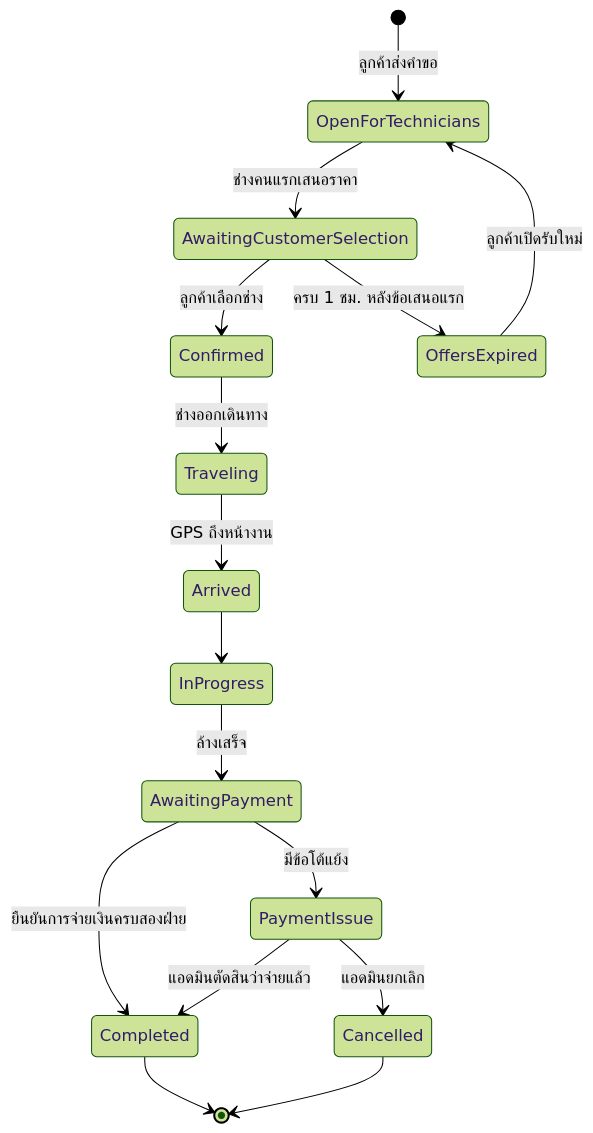
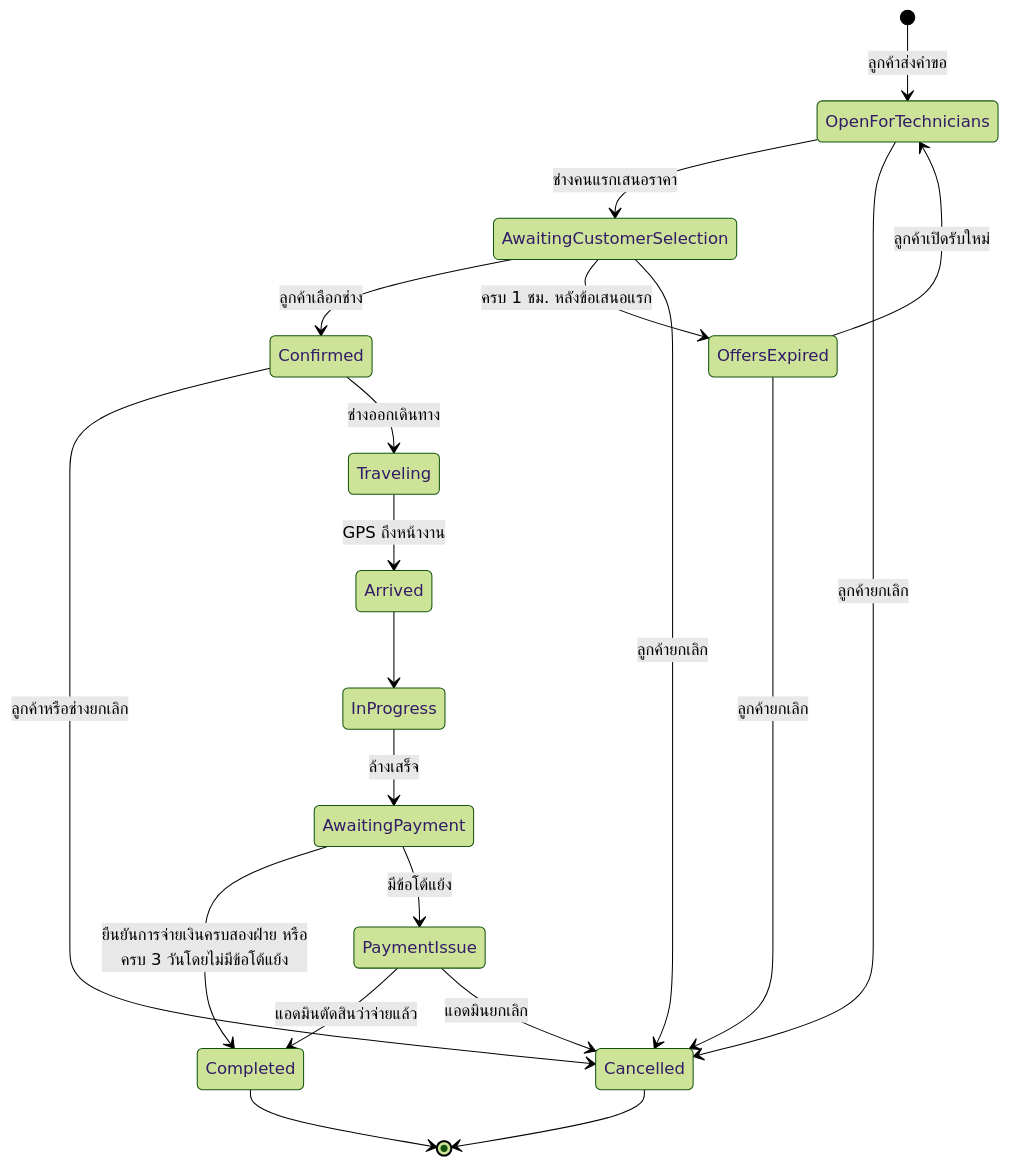
Before and after one commit to namethzz/Air-clean-: the second of 2 diagrams in README.md, drawn with Mermaid (forest theme). The commit also changed other lines of this file and 6 other files, not shown here.

````diff
--- a/README.md
+++ b/README.md
@@ -100,18 +100,22 @@
 ```mermaid
 stateDiagram-v2
   [*] --> OpenForTechnicians: ลูกค้าส่งคำขอ
   OpenForTechnicians --> AwaitingCustomerSelection: ช่างคนแรกเสนอราคา
   AwaitingCustomerSelection --> Confirmed: ลูกค้าเลือกช่าง
   AwaitingCustomerSelection --> OffersExpired: ครบ 1 ชม. หลังข้อเสนอแรก
   OffersExpired --> OpenForTechnicians: ลูกค้าเปิดรับใหม่
+  OpenForTechnicians --> Cancelled: ลูกค้ายกเลิก
+  AwaitingCustomerSelection --> Cancelled: ลูกค้ายกเลิก
+  OffersExpired --> Cancelled: ลูกค้ายกเลิก
+  Confirmed --> Cancelled: ลูกค้าหรือช่างยกเลิก
   Confirmed --> Traveling: ช่างออกเดินทาง
   Traveling --> Arrived: GPS ถึงหน้างาน
   Arrived --> InProgress
   InProgress --> AwaitingPayment: ล้างเสร็จ
-  AwaitingPayment --> Completed: ยืนยันการจ่ายเงินครบสองฝ่าย
+  AwaitingPayment --> Completed: ยืนยันการจ่ายเงินครบสองฝ่าย หรือครบ 3 วันโดยไม่มีข้อโต้แย้ง
   AwaitingPayment --> PaymentIssue: มีข้อโต้แย้ง
   PaymentIssue --> Completed: แอดมินตัดสินว่าจ่ายแล้ว
   PaymentIssue --> Cancelled: แอดมินยกเลิก
   Completed --> [*]
   Cancelled --> [*]
 ```
````
